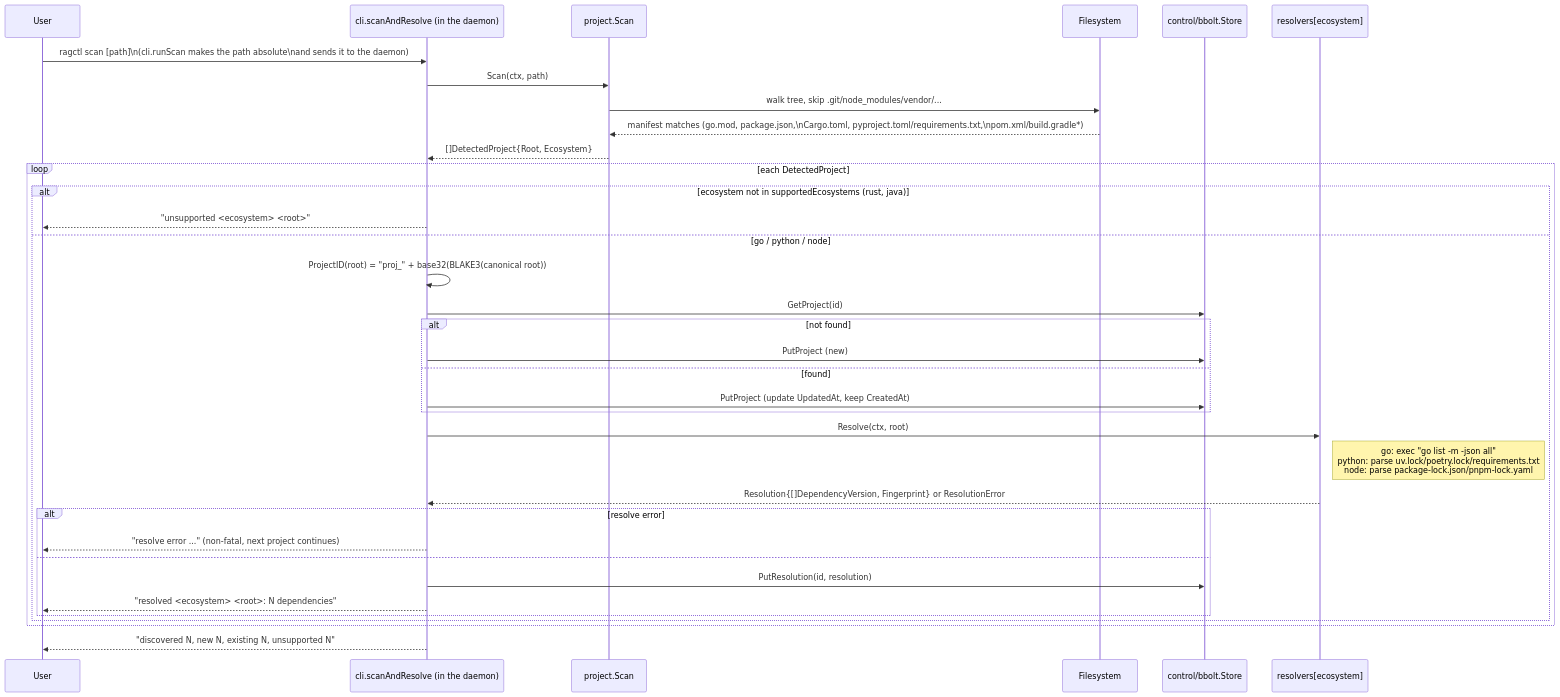
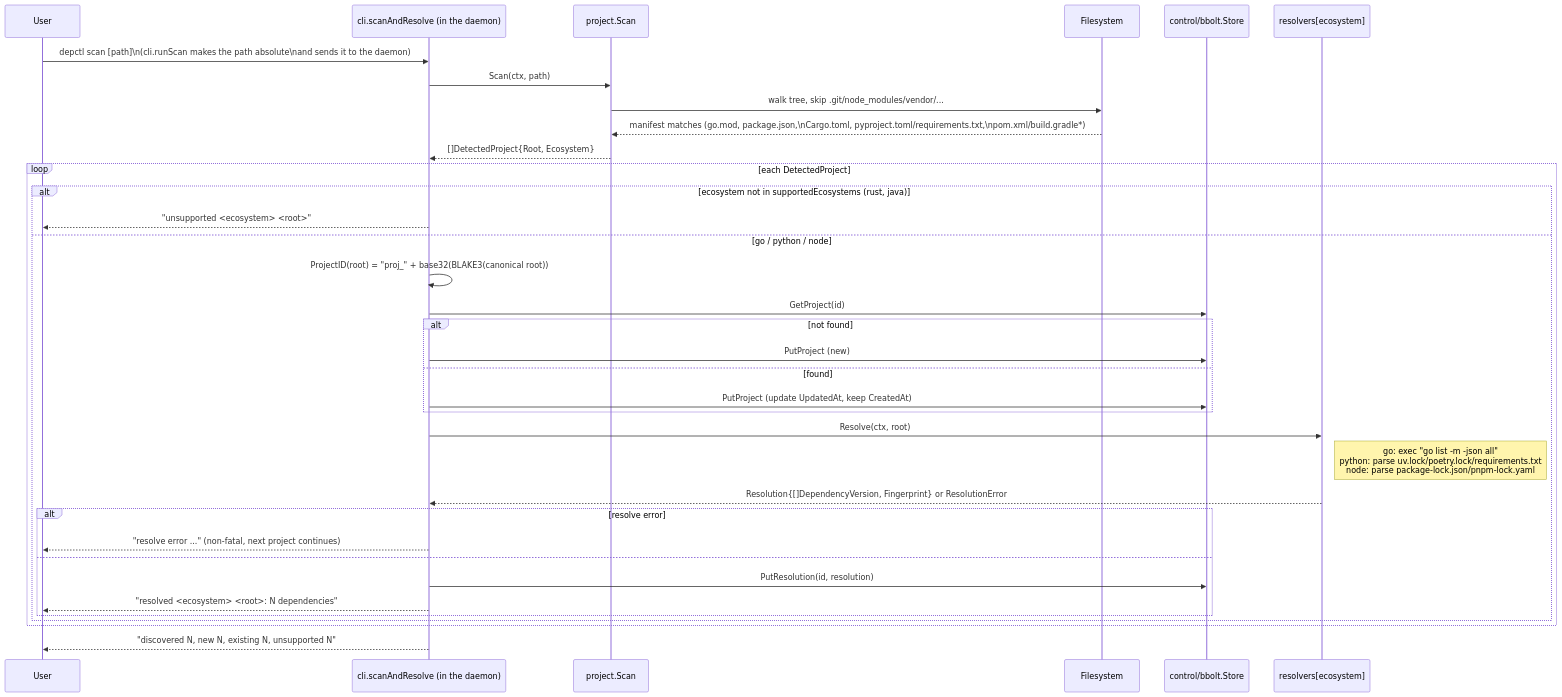
One commit to aleutian-ai/depctl changed the second of 3 diagrams in docs/features/discovery-and-resolution.md. Above: the diagram before and after it, drawn with Mermaid. The commit also changed other lines of this file and 588 other files, not shown here.

Commit message:
Rename ragctl to depctl: binary, module github.com/aleutian-ai/depctl, paths, env vars, metrics, MCP name, docs

````diff
--- a/docs/features/discovery-and-resolution.md
+++ b/docs/features/discovery-and-resolution.md
@@ -30,39 +30,39 @@
 ```mermaid
 sequenceDiagram
     participant User
     participant CLI as cli.scanAndResolve (in the daemon)
     participant Scanner as project.Scan
     participant FS as Filesystem
     participant Store as control/bbolt.Store
     participant Resolver as resolvers[ecosystem]
 
-    User->>CLI: ragctl scan [path]\n(cli.runScan makes the path absolute\nand sends it to the daemon)
+    User->>CLI: depctl scan [path]\n(cli.runScan makes the path absolute\nand sends it to the daemon)
     CLI->>Scanner: Scan(ctx, path)
     Scanner->>FS: walk tree, skip .git/node_modules/vendor/...
     FS-->>Scanner: manifest matches (go.mod, package.json,\nCargo.toml, pyproject.toml/requirements.txt,\npom.xml/build.gradle*)
     Scanner-->>CLI: []DetectedProject{Root, Ecosystem}
 
     loop each DetectedProject
         alt ecosystem not in supportedEcosystems (rust, java)
             CLI-->>User: "unsupported <ecosystem> <root>"
         else go / python / node
             CLI->>CLI: ProjectID(root) = "proj_" + base32(BLAKE3(canonical root))
             CLI->>Store: GetProject(id)
             alt not found
                 CLI->>Store: PutProject (new)
             else found
                 CLI->>Store: PutProject (update UpdatedAt, keep CreatedAt)
             end
             CLI->>Resolver: Resolve(ctx, root)
             Note right of Resolver: go: exec "go list -m -json all"<br/>python: parse uv.lock/poetry.lock/requirements.txt<br/>node: parse package-lock.json/pnpm-lock.yaml
             Resolver-->>CLI: Resolution{[]DependencyVersion, Fingerprint} or ResolutionError
             alt resolve error
                 CLI-->>User: "resolve error ..." (non-fatal, next project continues)
             else
                 CLI->>Store: PutResolution(id, resolution)
                 CLI-->>User: "resolved <ecosystem> <root>: N dependencies"
             end
         end
     end
     CLI-->>User: "discovered N, new N, existing N, unsupported N"
 ```
````
